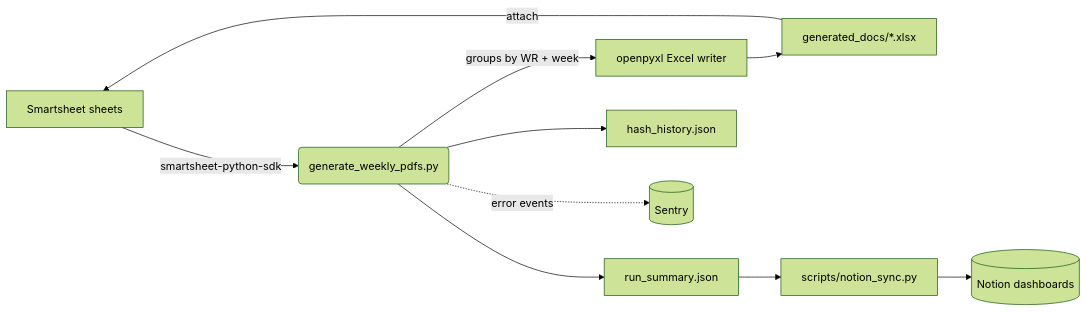
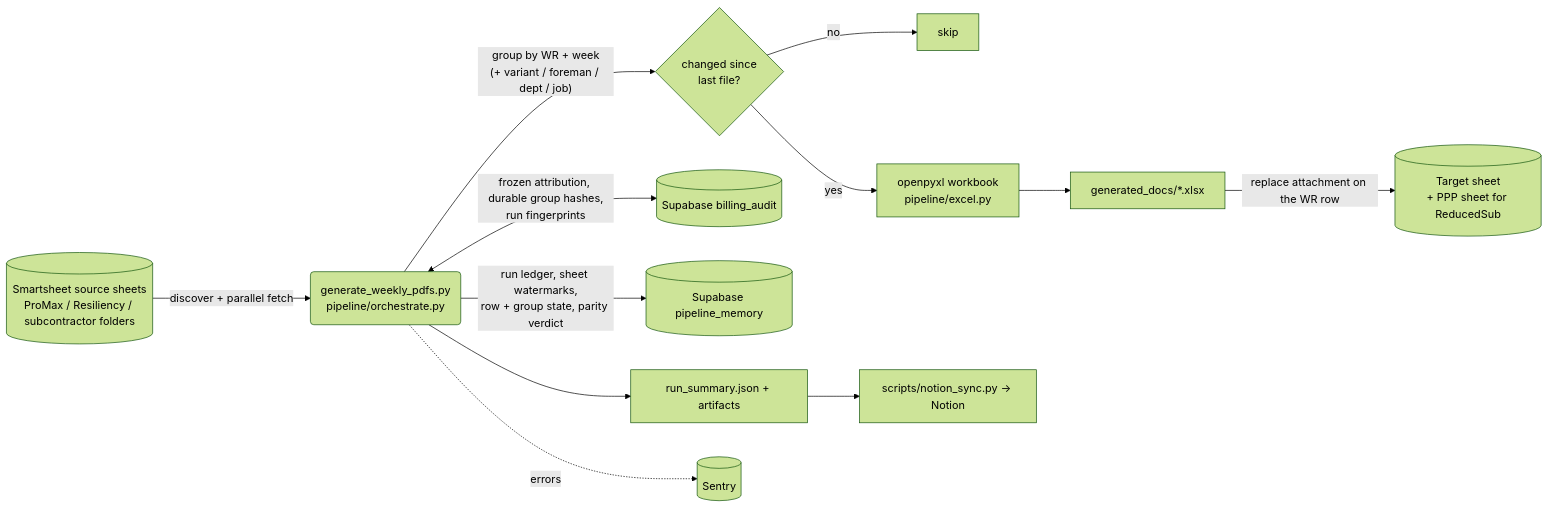
One commit to JFlo21/Generate-Weekly-PDFs-DSR-Resiliency changed the diagram in website/docs/runbook/overview.md. Above: the diagram before and after it, drawn with Mermaid (forest theme). The commit also changed other lines of this file and 6 other files, not shown here.

````diff
--- a/website/docs/runbook/overview.md
+++ b/website/docs/runbook/overview.md
@@ -15,12 +18,14 @@
 ```mermaid
 flowchart LR
-    A[Smartsheet sheets] -->|smartsheet-python-sdk| B(generate_weekly_pdfs.py)
-    B -->|groups by WR + week| C[openpyxl Excel writer]
-    C --> D[generated_docs/*.xlsx]
-    D -->|attach| A
-    B --> E[run_summary.json]
-    B --> F[hash_history.json]
-    E --> G[scripts/notion_sync.py]
-    G --> H[(Notion dashboards)]
-    B -.error events.-> I[(Sentry)]
+    A[(Smartsheet source sheets<br/>ProMax / Resiliency / subcontractor folders)] -->|discover + parallel fetch| B(generate_weekly_pdfs.py<br/>pipeline/orchestrate.py)
+    B -->|"group by WR + week<br/>(+ variant / foreman / dept / job)"| C{changed since<br/>last file?}
+    C -- no --> S[skip]
+    C -- yes --> D[openpyxl workbook<br/>pipeline/excel.py]
+    D --> E[generated_docs/*.xlsx]
+    E -->|replace attachment on the WR row| T[(Target sheet<br/>+ PPP sheet for ReducedSub)]
+    B <-->|frozen attribution, durable group hashes,<br/>run fingerprints| BA[(Supabase billing_audit)]
+    B -->|run ledger, sheet watermarks,<br/>row + group state, parity verdict| PM[(Supabase pipeline_memory)]
+    B --> R[run_summary.json + artifacts]
+    R --> N[scripts/notion_sync.py → Notion]
+    B -.errors.-> X[(Sentry)]
 ```
````
